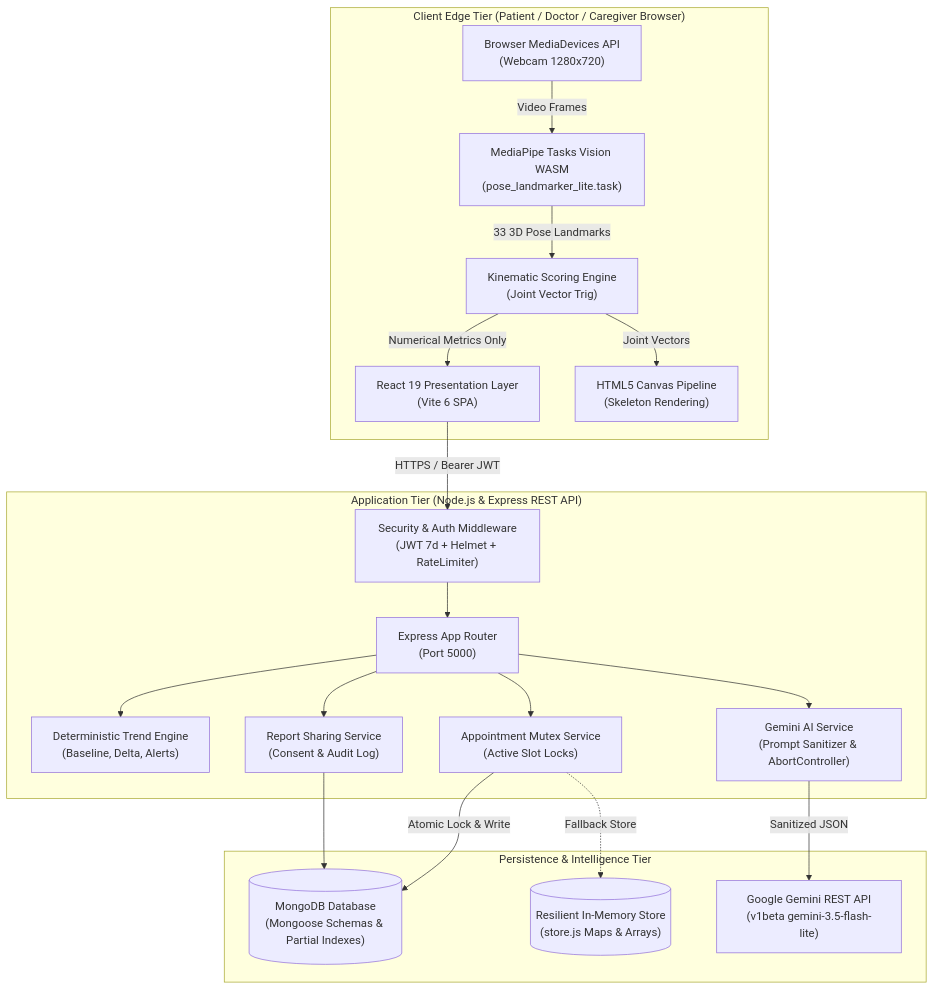
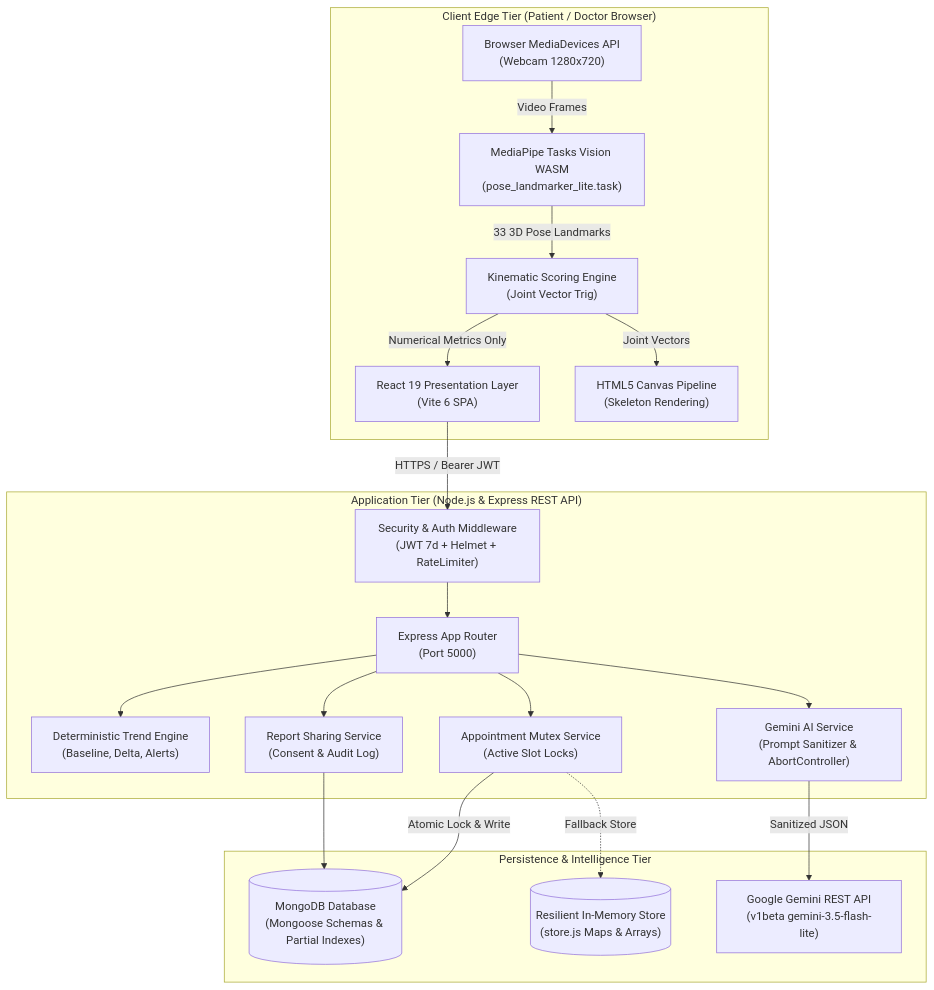
One commit to Raj-shukla-05/Hacksprint changed the diagram in docs/architecture/SYSTEM_ARCHITECTURE.md. Above: the diagram before and after it, drawn with Mermaid. The commit also changed other lines of this file and 36 other files, not shown here.

````diff
--- a/docs/architecture/SYSTEM_ARCHITECTURE.md
+++ b/docs/architecture/SYSTEM_ARCHITECTURE.md
@@ -11,41 +11,41 @@
 ```mermaid
 graph TD
-    subgraph ClientEdge["Client Edge Tier (Patient / Doctor / Caregiver Browser)"]
+    subgraph ClientEdge["Client Edge Tier (Patient / Doctor Browser)"]
         UI["React 19 Presentation Layer\n(Vite 6 SPA)"]
         Camera["Browser MediaDevices API\n(Webcam 1280x720)"]
         WASM["MediaPipe Tasks Vision WASM\n(pose_landmarker_lite.task)"]
         Canvas["HTML5 Canvas Pipeline\n(Skeleton Rendering)"]
         Kinematics["Kinematic Scoring Engine\n(Joint Vector Trig)"]
     end
 
     subgraph BackendTier["Application Tier (Node.js & Express REST API)"]
         Router["Express App Router\n(Port 5000)"]
         AuthMW["Security & Auth Middleware\n(JWT 7d + Helmet + RateLimiter)"]
         TrendEngine["Deterministic Trend Engine\n(Baseline, Delta, Alerts)"]
         ApptService["Appointment Mutex Service\n(Active Slot Locks)"]
         ReportService["Report Sharing Service\n(Consent & Audit Log)"]
         GeminiProxy["Gemini AI Service\n(Prompt Sanitizer & AbortController)"]
     end
 
     subgraph StorageTier["Persistence & Intelligence Tier"]
         MongoDB[("MongoDB Database\n(Mongoose Schemas & Partial Indexes)")]
         MemoryStore[("Resilient In-Memory Store\n(store.js Maps & Arrays)")]
         GeminiAPI["Google Gemini REST API\n(v1beta gemini-3.5-flash-lite)"]
     end
 
     Camera -->|Video Frames| WASM
     WASM -->|33 3D Pose Landmarks| Kinematics
     Kinematics -->|Joint Vectors| Canvas
     Kinematics -->|Numerical Metrics Only| UI
     UI -->|HTTPS / Bearer JWT| AuthMW
     AuthMW --> Router
     Router --> TrendEngine
     Router --> ApptService
     Router --> ReportService
     Router --> GeminiProxy
 
     ApptService -->|Atomic Lock & Write| MongoDB
     ApptService -.->|Fallback Store| MemoryStore
     ReportService --> MongoDB
     GeminiProxy -->|Sanitized JSON| GeminiAPI
 ```
````
